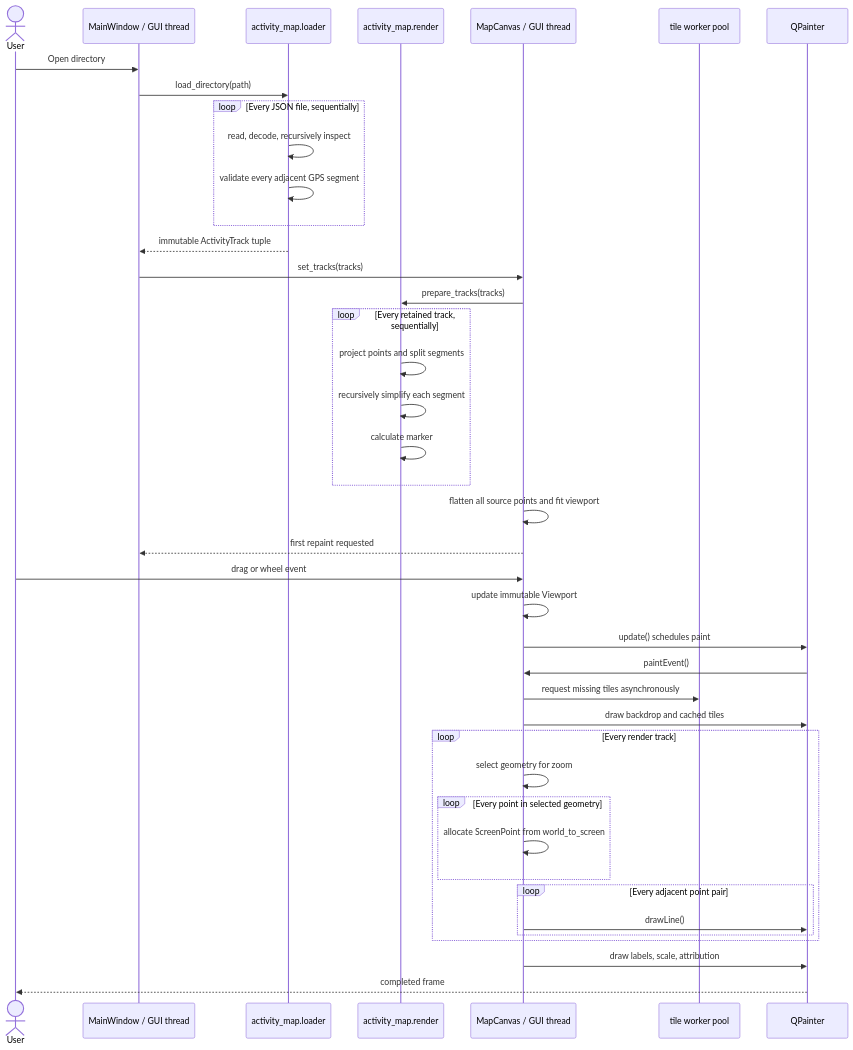
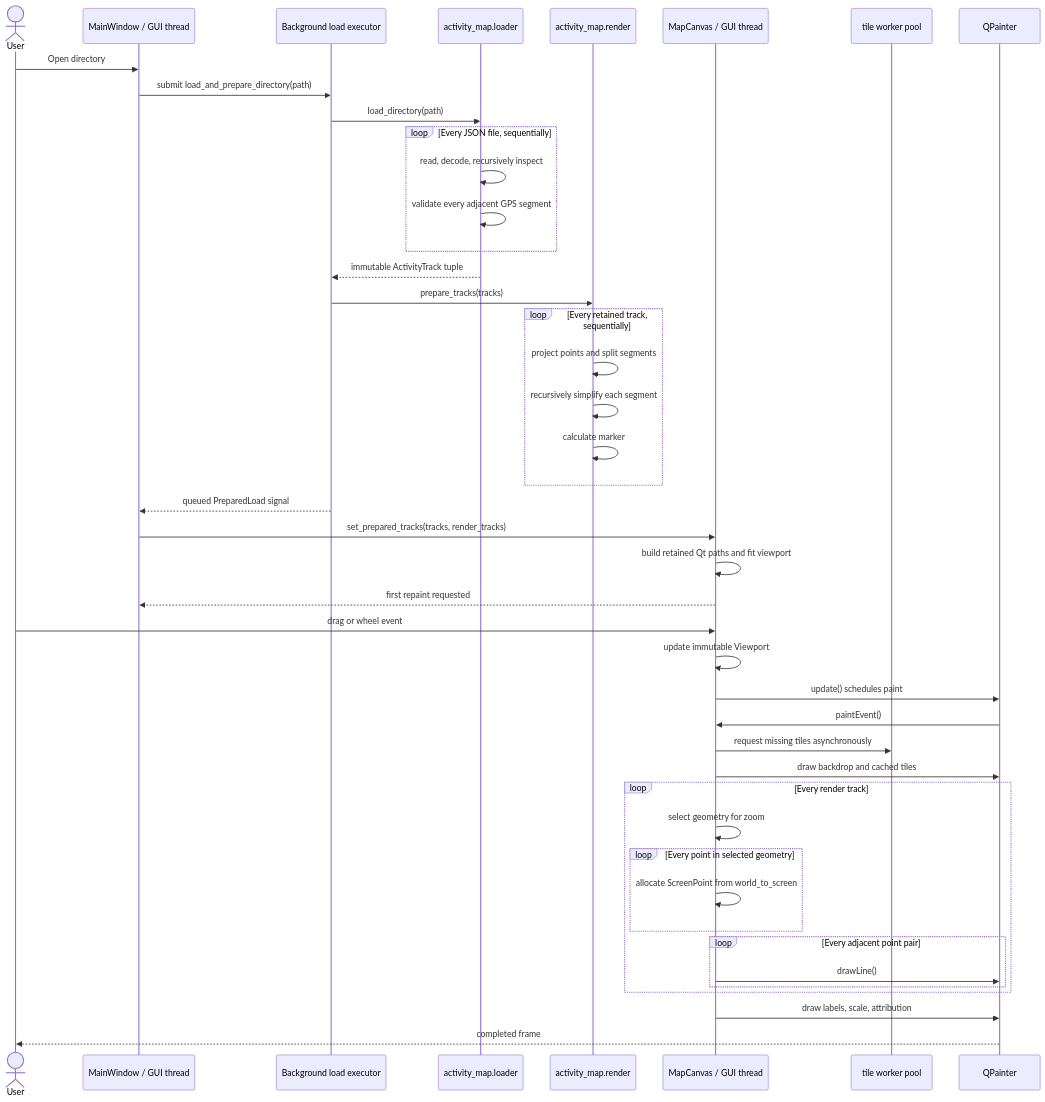
One commit to marcelpetrick/GarminActivityMap changed the second of 3 diagrams in documents/data_flow.md. Above: the diagram before and after it, drawn with Mermaid. The commit also changed other lines of this file and 16 other files, not shown here.

First line of the commit message:
perf: load and prepare tracks asynchronously

````diff
--- a/documents/data_flow.md
+++ b/documents/data_flow.md
@@ -64,45 +66,48 @@
 ```mermaid
 sequenceDiagram
   actor User
   participant Window as MainWindow / GUI thread
+  participant Worker as Background load executor
   participant Loader as activity_map.loader
   participant Render as activity_map.render
   participant Canvas as MapCanvas / GUI thread
   participant Tiles as tile worker pool
   participant Qt as QPainter
 
   User->>Window: Open directory
-  Window->>Loader: load_directory(path)
+  Window->>Worker: submit load_and_prepare_directory(path)
+  Worker->>Loader: load_directory(path)
   loop Every JSON file, sequentially
     Loader->>Loader: read, decode, recursively inspect
     Loader->>Loader: validate every adjacent GPS segment
   end
-  Loader-->>Window: immutable ActivityTrack tuple
-  Window->>Canvas: set_tracks(tracks)
-  Canvas->>Render: prepare_tracks(tracks)
+  Loader-->>Worker: immutable ActivityTrack tuple
+  Worker->>Render: prepare_tracks(tracks)
   loop Every retained track, sequentially
     Render->>Render: project points and split segments
     Render->>Render: recursively simplify each segment
     Render->>Render: calculate marker
   end
-  Canvas->>Canvas: flatten all source points and fit viewport
+  Worker-->>Window: queued PreparedLoad signal
+  Window->>Canvas: set_prepared_tracks(tracks, render_tracks)
+  Canvas->>Canvas: build retained Qt paths and fit viewport
   Canvas-->>Window: first repaint requested
 
   User->>Canvas: drag or wheel event
   Canvas->>Canvas: update immutable Viewport
   Canvas->>Qt: update() schedules paint
   Qt->>Canvas: paintEvent()
   Canvas->>Tiles: request missing tiles asynchronously
   Canvas->>Qt: draw backdrop and cached tiles
   loop Every render track
     Canvas->>Canvas: select geometry for zoom
     loop Every point in selected geometry
       Canvas->>Canvas: allocate ScreenPoint from world_to_screen
     end
     loop Every adjacent point pair
       Canvas->>Qt: drawLine()
     end
   end
   Canvas->>Qt: draw labels, scale, attribution
   Qt-->>User: completed frame
 ```
````
